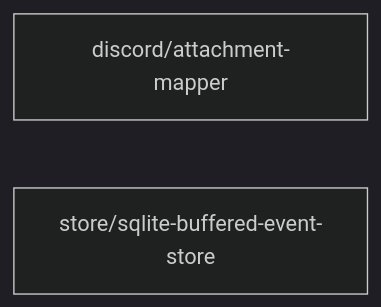
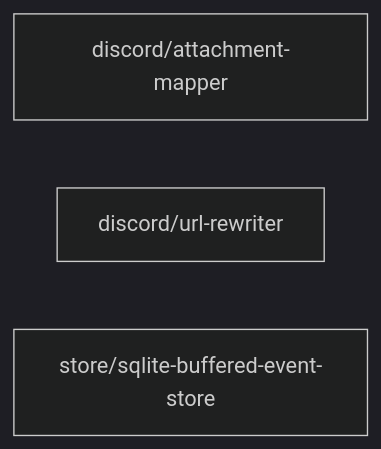
The diagram in src/infrastructure/DEPS.md (OJII3/vicissitude), drawn with Mermaid (dark theme) before and after one commit. The commit also changed other lines of this file and 5 other files, not shown here.

````diff
--- a/src/infrastructure/DEPS.md
+++ b/src/infrastructure/DEPS.md
@@ -7,5 +7,6 @@
 ```mermaid
 graph LR
   discord_attachment_mapper["discord/attachment-mapper"]
+  discord_url_rewriter["discord/url-rewriter"]
   store_sqlite_buffered_event_store["store/sqlite-buffered-event-store"]
 ```
````
